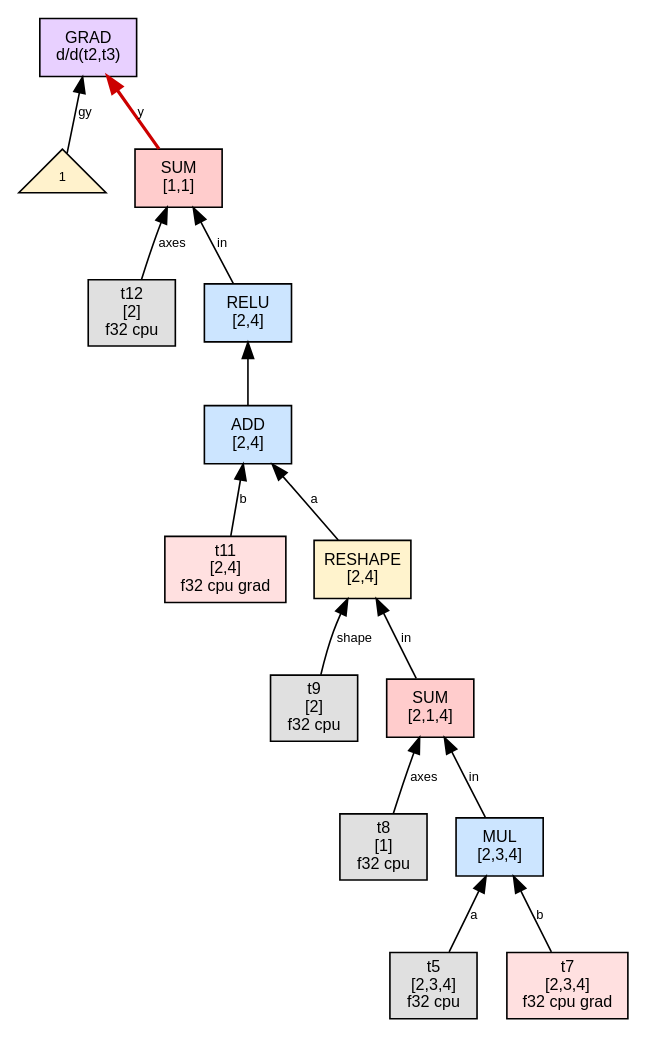
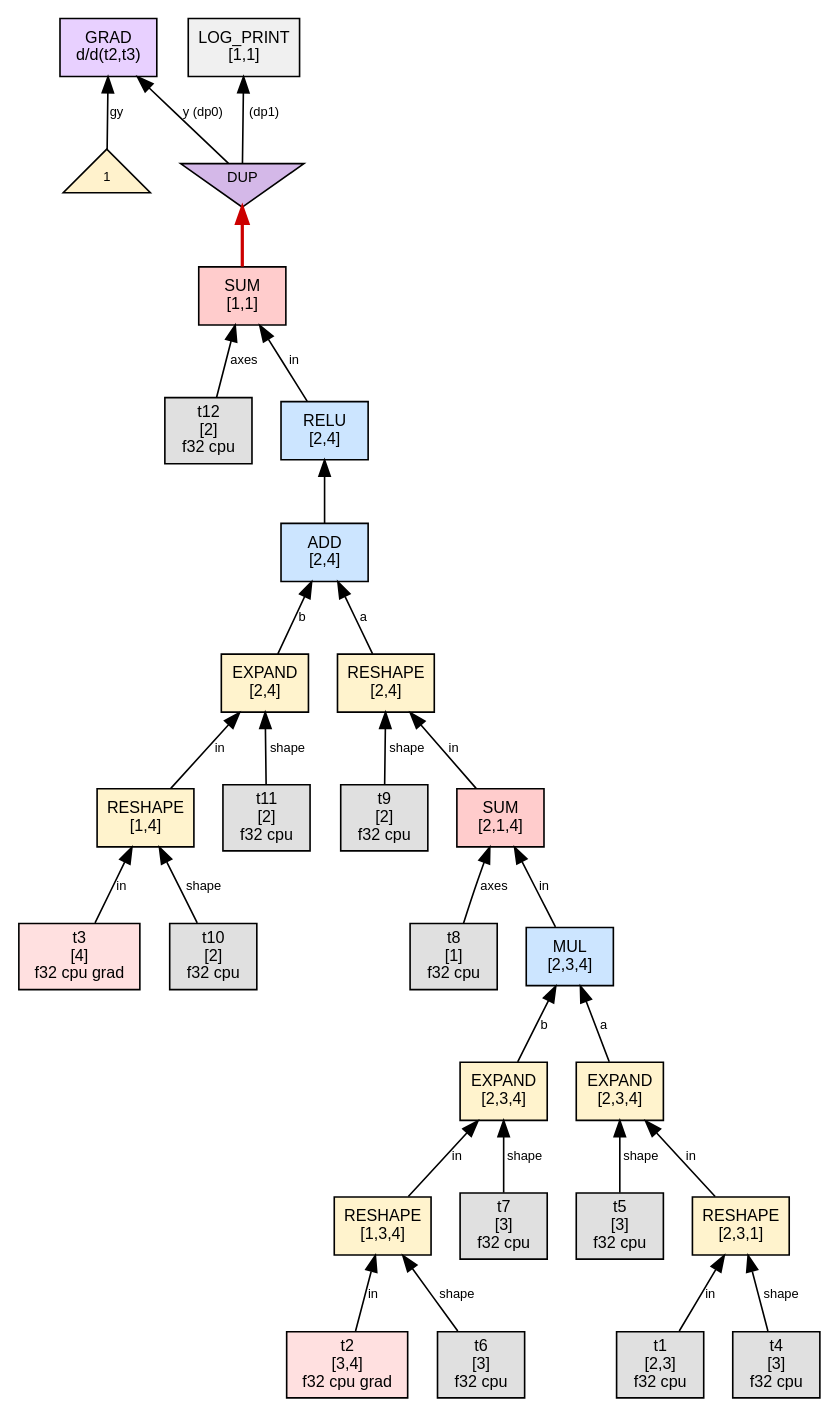
Before and after one commit to sw1sh/TinyHVM: the diagram in phase1_graphs/tiny_linear_bias/step_000_state_init.dot, drawn with Graphviz. The commit also changed 751 other files, not shown here.

First line of the commit message:
test: refresh canonical tiny phase graph archives

```diff
--- a/phase1_graphs/tiny_linear_bias/step_000_state_init.dot
+++ b/phase1_graphs/tiny_linear_bias/step_000_state_init.dot
@@ -1,35 +1,63 @@
 digraph G {
   // PREV_INTERACTION: state_init
-  // NEXT_INTERACTION: interact_grad_on_SUM
+  // NEXT_INTERACTION: interact_DP0
   rankdir=BT;
   node [fontname="Helvetica", fontsize=10, style=filled, shape=box, margin="0.1,0.05"];
   edge [fontsize=8, fontname="Helvetica"];
 
-  n1 [label="MUL\n[2,3,4]", shape=box, fillcolor="#cce5ff"];
-  t5 [label="t5\n[2,3,4]\nf32 cpu",shape=box,fillcolor="#e0e0e0"];
-  t5 -> n1 [label="a"];
-  t7 [label="t7\n[2,3,4]\nf32 cpu grad",shape=box,fillcolor="#ffe0e0"];
-  t7 -> n1 [label="b"];
-  n5 [label="SUM\n[2,1,4]", shape=box, fillcolor="#ffcccc"];
+  n1 [label="RESHAPE\n[2,3,1]", shape=box, fillcolor="#fff3cd"];
+  t1 [label="t1\n[2,3]\nf32 cpu",shape=box,fillcolor="#e0e0e0"];
+  t1 -> n1 [label="in"];
+  t4 [label="t4\n[3]\nf32 cpu",shape=box,fillcolor="#e0e0e0"];
+  t4 -> n1 [label="shape"];
+  n9 [label="RESHAPE\n[1,3,4]", shape=box, fillcolor="#fff3cd"];
+  t2 [label="t2\n[3,4]\nf32 cpu grad",shape=box,fillcolor="#ffe0e0"];
+  t2 -> n9 [label="in"];
+  t6 [label="t6\n[3]\nf32 cpu",shape=box,fillcolor="#e0e0e0"];
+  t6 -> n9 [label="shape"];
+  n5 [label="EXPAND\n[2,3,4]", shape=box, fillcolor="#fff3cd"];
   n1 -> n5 [label="in"];
+  t5 [label="t5\n[3]\nf32 cpu",shape=box,fillcolor="#e0e0e0"];
+  t5 -> n5 [label="shape"];
+  n13 [label="EXPAND\n[2,3,4]", shape=box, fillcolor="#fff3cd"];
+  n9 -> n13 [label="in"];
+  t7 [label="t7\n[3]\nf32 cpu",shape=box,fillcolor="#e0e0e0"];
+  t7 -> n13 [label="shape"];
+  n17 [label="MUL\n[2,3,4]", shape=box, fillcolor="#cce5ff"];
+  n5 -> n17 [label="a"];
+  n13 -> n17 [label="b"];
+  n21 [label="SUM\n[2,1,4]", shape=box, fillcolor="#ffcccc"];
+  n17 -> n21 [label="in"];
   t8 [label="t8\n[1]\nf32 cpu",shape=box,fillcolor="#e0e0e0"];
-  t8 -> n5 [label="axes"];
-  n9 [label="RESHAPE\n[2,4]", shape=box, fillcolor="#fff3cd"];
-  n5 -> n9 [label="in"];
+  t8 -> n21 [label="axes"];
+  n29 [label="RESHAPE\n[1,4]", shape=box, fillcolor="#fff3cd"];
+  t3 [label="t3\n[4]\nf32 cpu grad",shape=box,fillcolor="#ffe0e0"];
+  t3 -> n29 [label="in"];
+  t10 [label="t10\n[2]\nf32 cpu",shape=box,fillcolor="#e0e0e0"];
+  t10 -> n29 [label="shape"];
+  n25 [label="RESHAPE\n[2,4]", shape=box, fillcolor="#fff3cd"];
+  n21 -> n25 [label="in"];
   t9 [label="t9\n[2]\nf32 cpu",shape=box,fillcolor="#e0e0e0"];
-  t9 -> n9 [label="shape"];
-  n13 [label="ADD\n[2,4]", shape=box, fillcolor="#cce5ff"];
-  n9 -> n13 [label="a"];
-  t11 [label="t11\n[2,4]\nf32 cpu grad",shape=box,fillcolor="#ffe0e0"];
-  t11 -> n13 [label="b"];
-  n17 [label="RELU\n[2,4]", shape=box, fillcolor="#cce5ff"];
-  n13 -> n17 [label=""];
-  n21 [label="SUM\n[1,1]", shape=box, fillcolor="#ffcccc"];
-  n17 -> n21 [label="in"];
+  t9 -> n25 [label="shape"];
+  n33 [label="EXPAND\n[2,4]", shape=box, fillcolor="#fff3cd"];
+  n29 -> n33 [label="in"];
+  t11 [label="t11\n[2]\nf32 cpu",shape=box,fillcolor="#e0e0e0"];
+  t11 -> n33 [label="shape"];
+  n37 [label="ADD\n[2,4]", shape=box, fillcolor="#cce5ff"];
+  n25 -> n37 [label="a"];
+  n33 -> n37 [label="b"];
+  n41 [label="RELU\n[2,4]", shape=box, fillcolor="#cce5ff"];
+  n37 -> n41 [label=""];
+  n45 [label="SUM\n[1,1]", shape=box, fillcolor="#ffcccc"];
+  n41 -> n45 [label="in"];
   t12 [label="t12\n[2]\nf32 cpu",shape=box,fillcolor="#e0e0e0"];
-  t12 -> n21 [label="axes"];
-  n25 [label="GRAD\nd/d(t2,t3)", shape=box, fillcolor="#e8d0ff"];
-  n21 -> n25 [label="y",color="#cc0000",penwidth=2.0];
-  num25_1 [label="1",shape=triangle,fillcolor="#fff2cc",fontsize=8];
-  num25_1 -> n25 [label="gy"];
+  t12 -> n45 [label="axes"];
+  n51 [label="LOG_PRINT\n[1,1]", shape=box, fillcolor="#f0f0f0"];
+  dup52 [label="DUP", shape=invtriangle, fillcolor="#d4b8e8", fontsize=9, width=0.7, height=0.5];
+  n45 -> dup52 [color="#cc0000",penwidth=2.0];
+  dup52 -> n51 [label=" (dp1)"];
+  n49 [label="GRAD\nd/d(t2,t3)", shape=box, fillcolor="#e8d0ff"];
+  dup52 -> n49 [label="y (dp0)"];
+  num49_1 [label="1",shape=triangle,fillcolor="#fff2cc",fontsize=8];
+  num49_1 -> n49 [label="gy"];
 }
```
